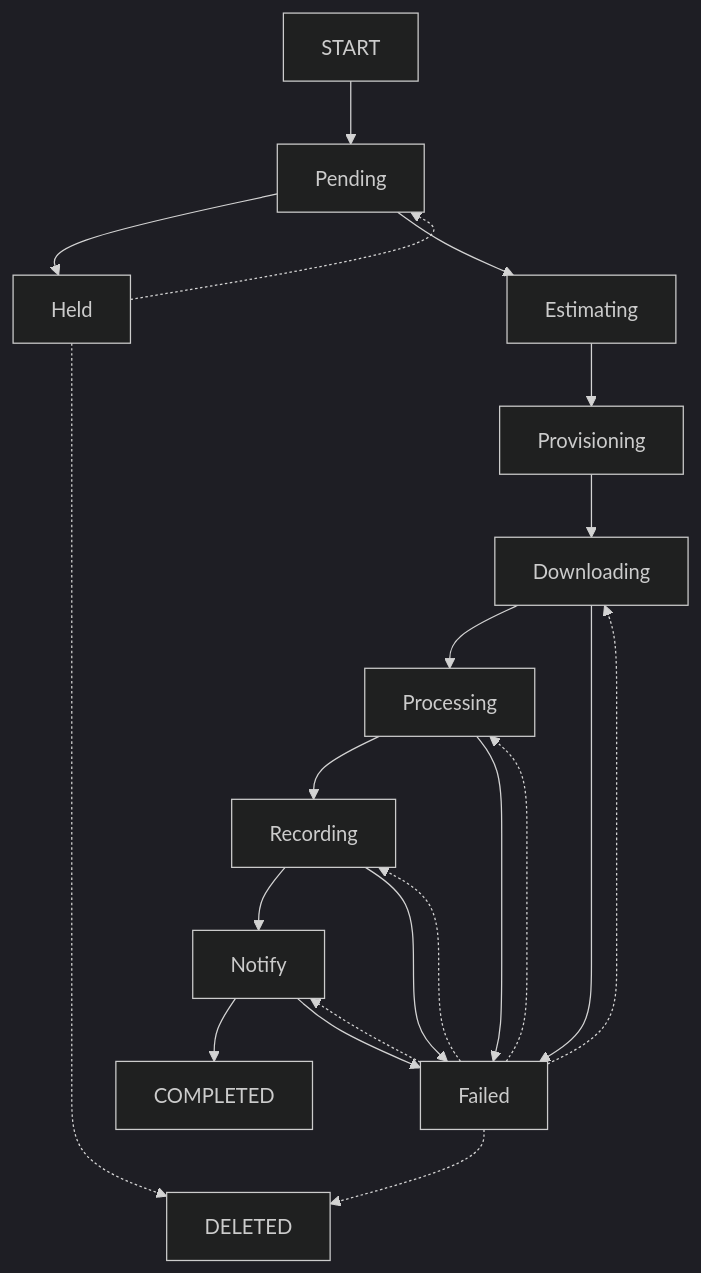
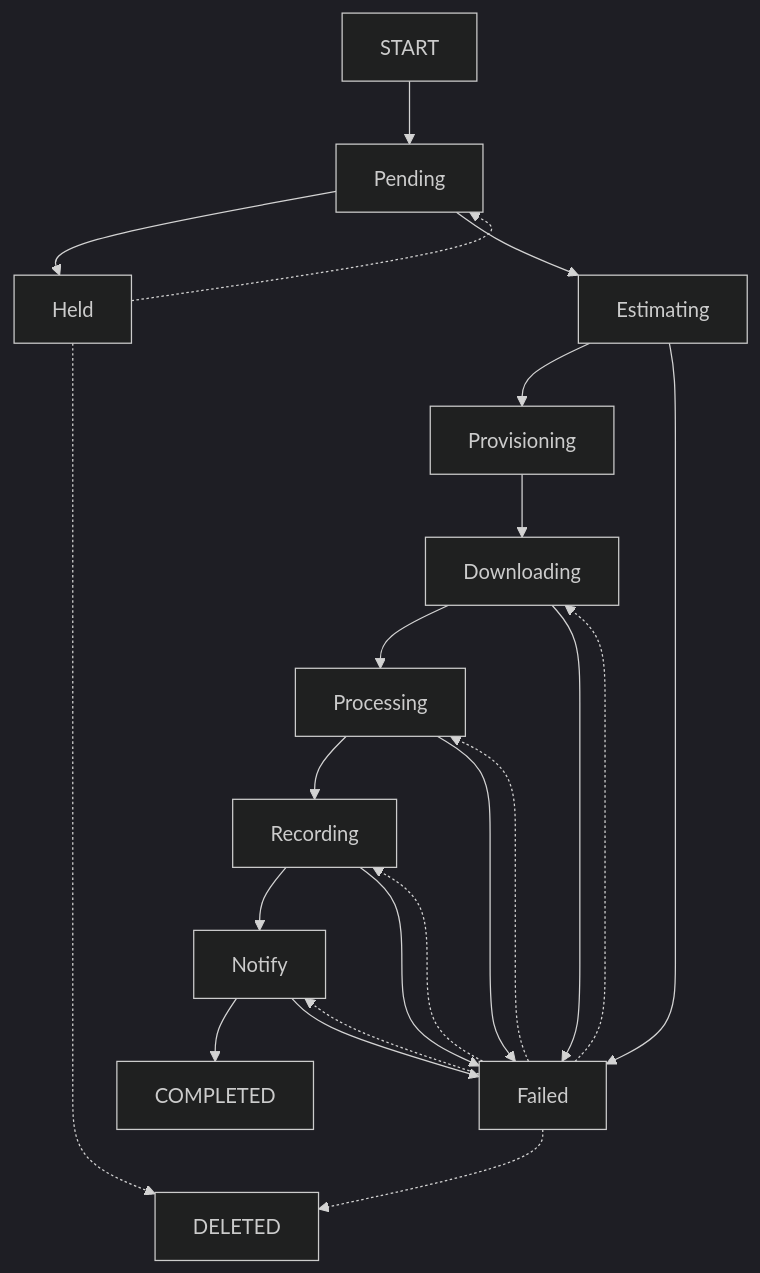
Before and after one commit to CDLUC3/mrt-zk: the second of 3 diagrams in design/states.md, drawn with Mermaid (dark theme).

````diff
--- a/design/states.md
+++ b/design/states.md
@@ -49,23 +49,24 @@
 ```mermaid
 graph TD
   START --> Pending
   Pending --> Held
   Pending --> Estimating
   Held -.-> Pending
   Estimating --> Provisioning
+  Estimating --> Failed
   Provisioning --> Downloading
   Downloading --> Processing
   Downloading --> Failed
   Failed -.-> Downloading
   Processing --> Recording
   Processing --> Failed
   Failed -.-> Processing
   Recording --> Notify
   Recording --> Failed
   Failed -.-> Recording
   Notify --> COMPLETED
   Notify --> Failed
   Failed -.-> Notify
   Failed -.-> DELETED
   Held -.-> DELETED
 ```
````
